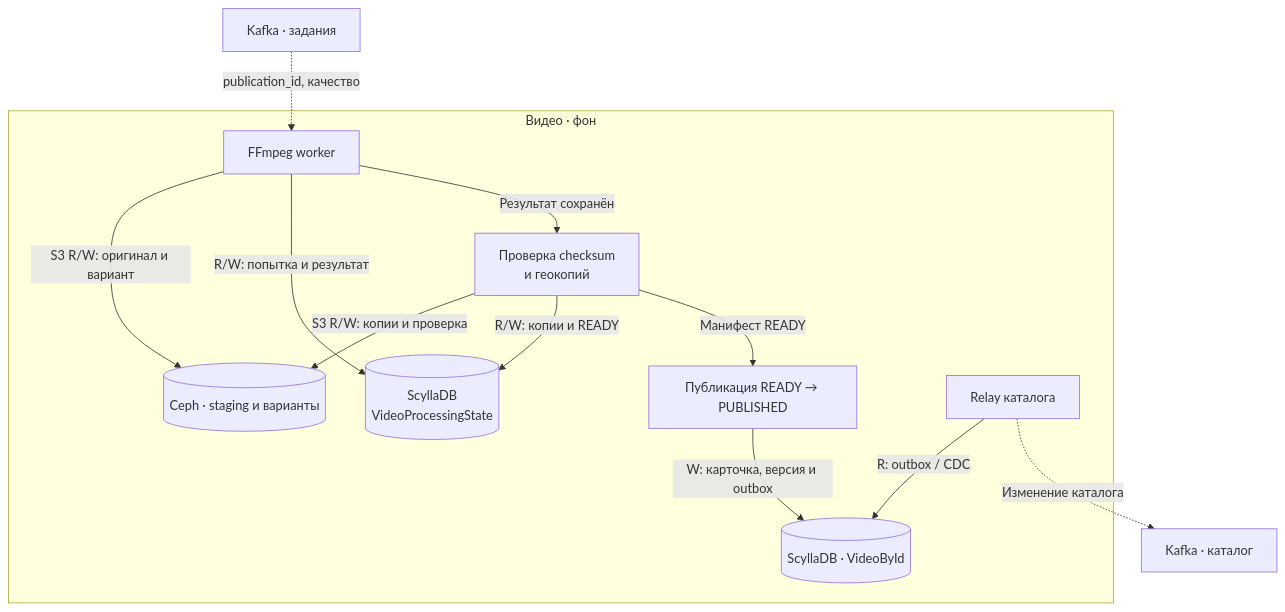
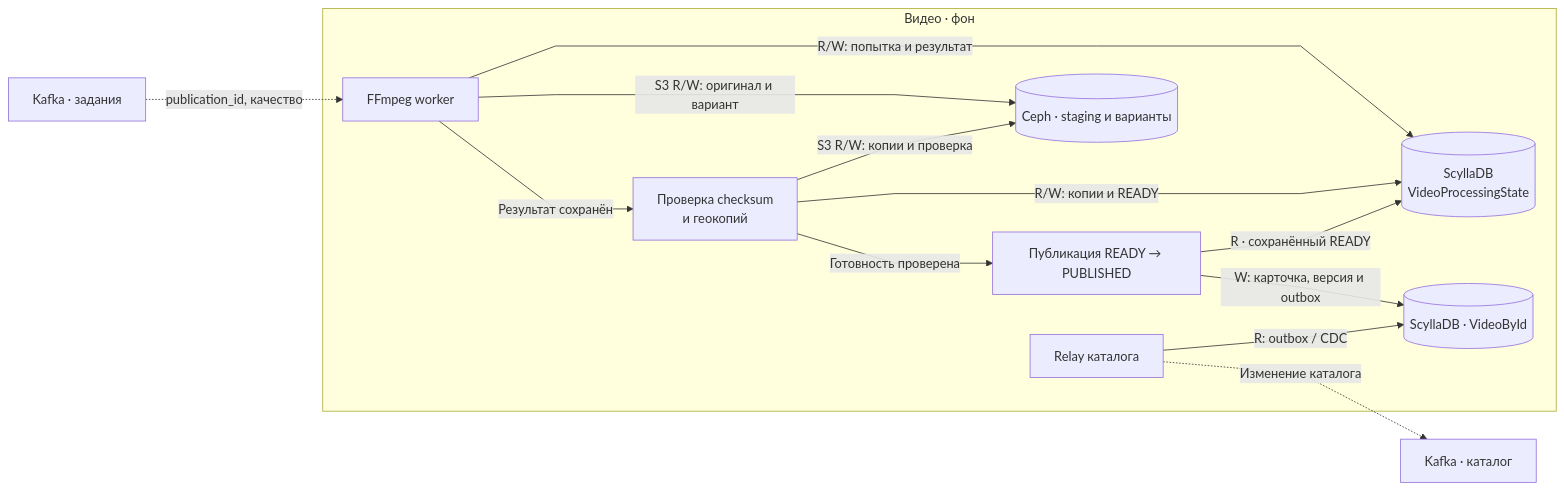
Before and after one commit to pavel-ladygin/highload_tp: diagram 12 of 14 in README.md, drawn with Mermaid. The commit also changed other lines of this file, not shown here.

````diff
--- a/README.md
+++ b/README.md
@@ -964,22 +949,24 @@
 ```mermaid
-flowchart TB
+%%{init: {"flowchart": {"curve": "linear"}}}%%
+flowchart LR
     KI["Kafka · задания"] -. "publication_id, качество" .-> W
     subgraph VIDEO["Видео · фон"]
         W["FFmpeg worker"]
         G["Проверка checksum<br/>и геокопий"]
         P["Публикация READY → PUBLISHED"]
         PS[("ScyllaDB<br/>VideoProcessingState")]
         M[("Ceph · staging и варианты")]
         VC[("ScyllaDB · VideoById")]
         REL["Relay каталога"]
         W -->|"S3 R/W: оригинал и вариант"| M
         W -->|"R/W: попытка и результат"| PS
         W -->|"Результат сохранён"| G
         G -->|"S3 R/W: копии и проверка"| M
         G -->|"R/W: копии и READY"| PS
-        G -->|"Манифест READY"| P
+        G -->|"Готовность проверена"| P
+        P -->|"R · сохранённый READY"| PS
         P -->|"W: карточка, версия и outbox"| VC
         REL -->|"R: outbox / CDC"| VC
     end
     REL -. "Изменение каталога" .-> KO["Kafka · каталог"]
 ```
````
